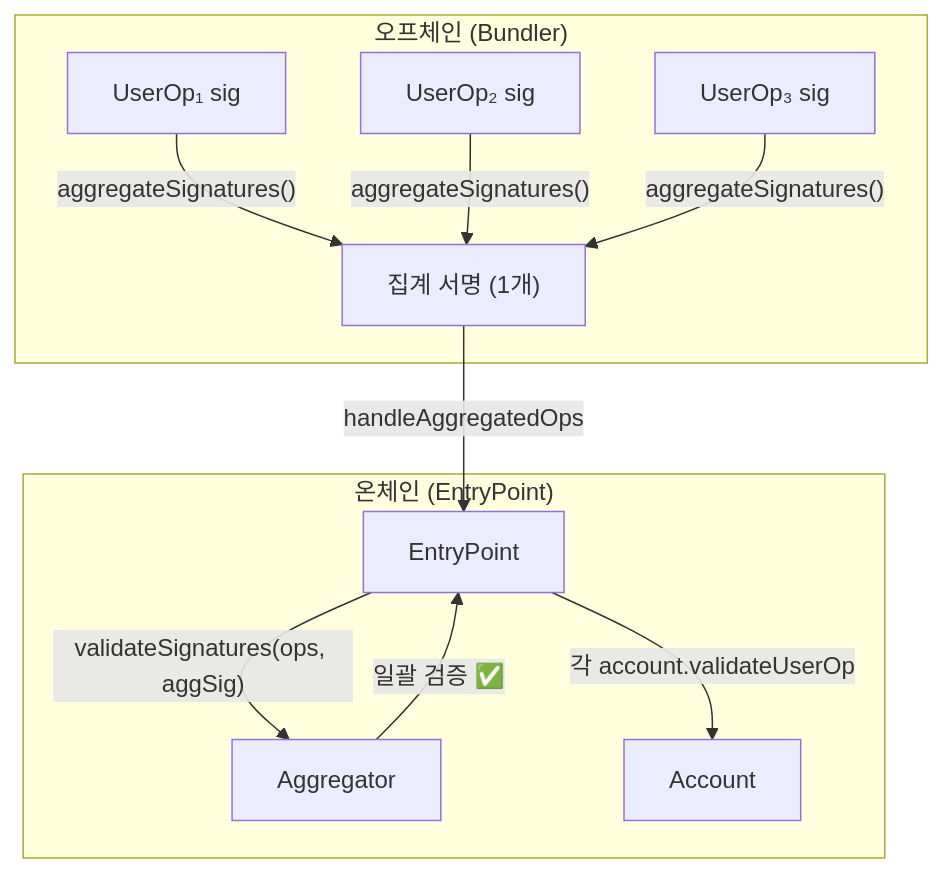
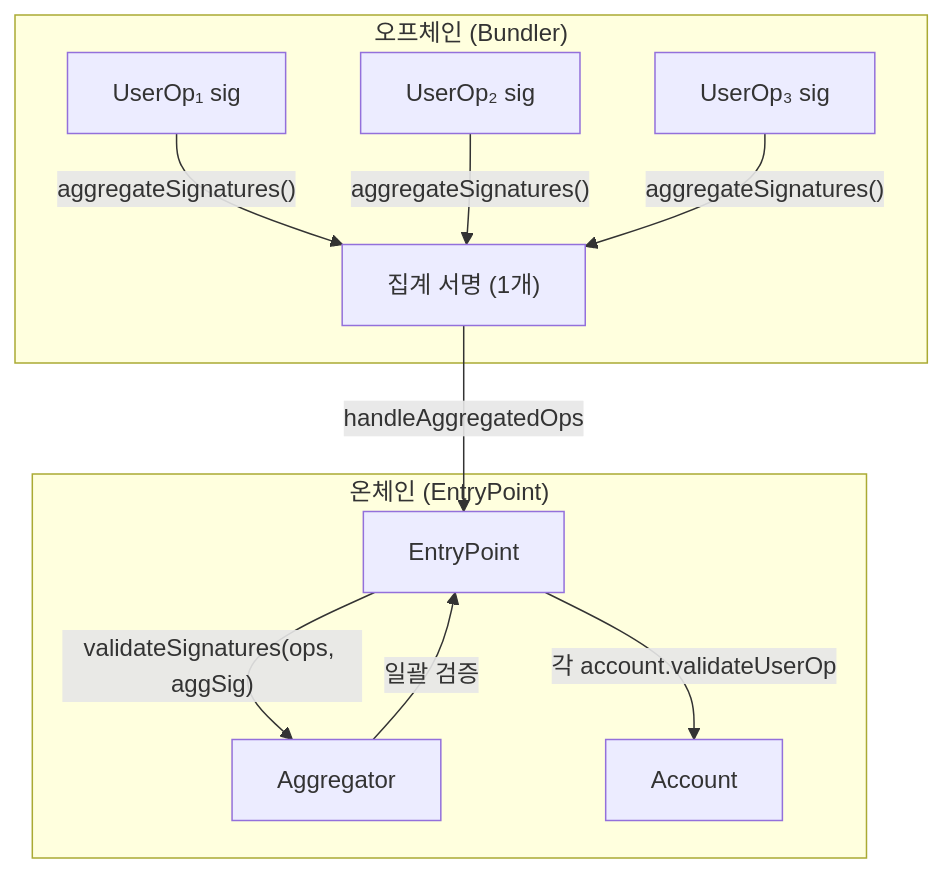
Before and after one commit to onlyhyde/stable-platform: diagram 17 of 22 in docs/claude/spec/EIP-4337_스펙표준_정리.md, drawn with Mermaid. The commit also changed other lines of this file and 248 other files, not shown here.

````diff
--- a/docs/claude/spec/EIP-4337_스펙표준_정리.md
+++ b/docs/claude/spec/EIP-4337_스펙표준_정리.md
@@ -855,14 +905,14 @@
 ```mermaid
 flowchart TB
     subgraph Offchain ["오프체인 (Bundler)"]
         OP1["UserOp₁ sig"] & OP2["UserOp₂ sig"] & OP3["UserOp₃ sig"]
         OP1 & OP2 & OP3 -->|"aggregateSignatures()"| AGG_SIG["집계 서명 (1개)"]
     end
 
     subgraph Onchain ["온체인 (EntryPoint)"]
         AGG_SIG -->|"handleAggregatedOps"| EP[EntryPoint]
         EP -->|"validateSignatures(ops, aggSig)"| AGR[Aggregator]
-        AGR -->|"일괄 검증 ✅"| EP
+        AGR -->|"일괄 검증"| EP
         EP -->|"각 account.validateUserOp"| SA[Account]
     end
 ```
````
